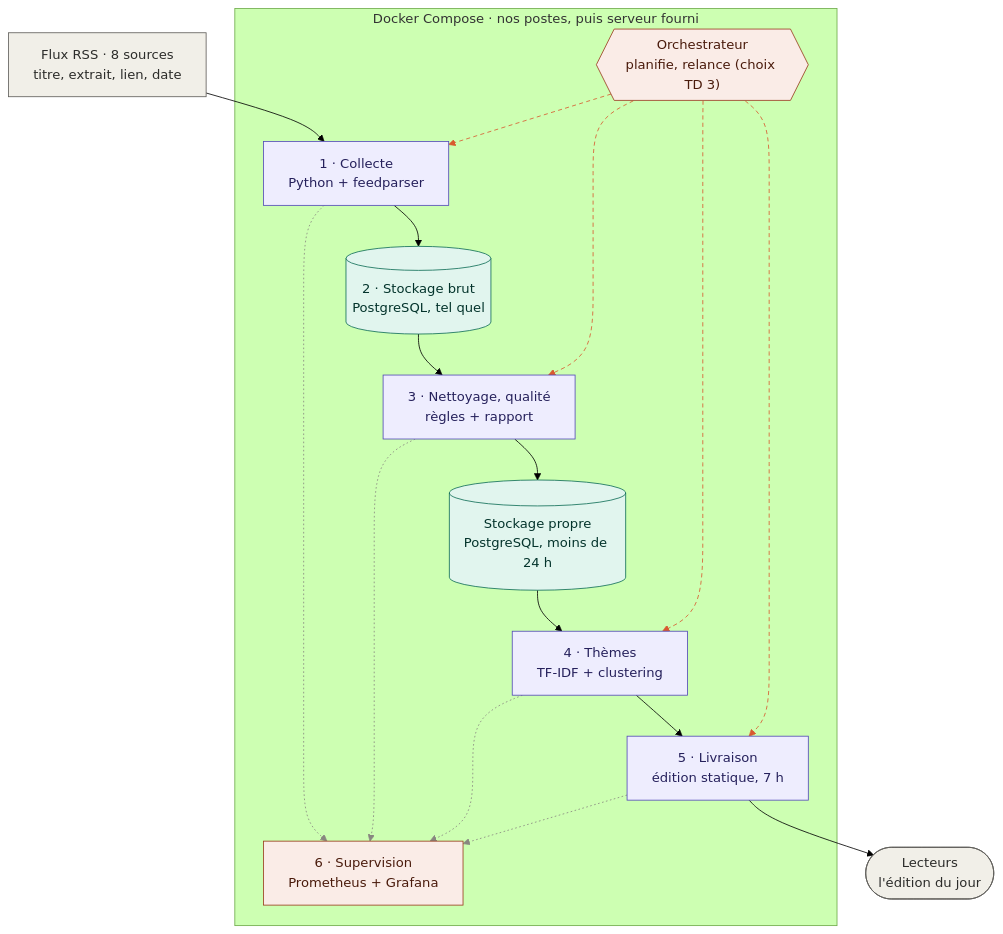
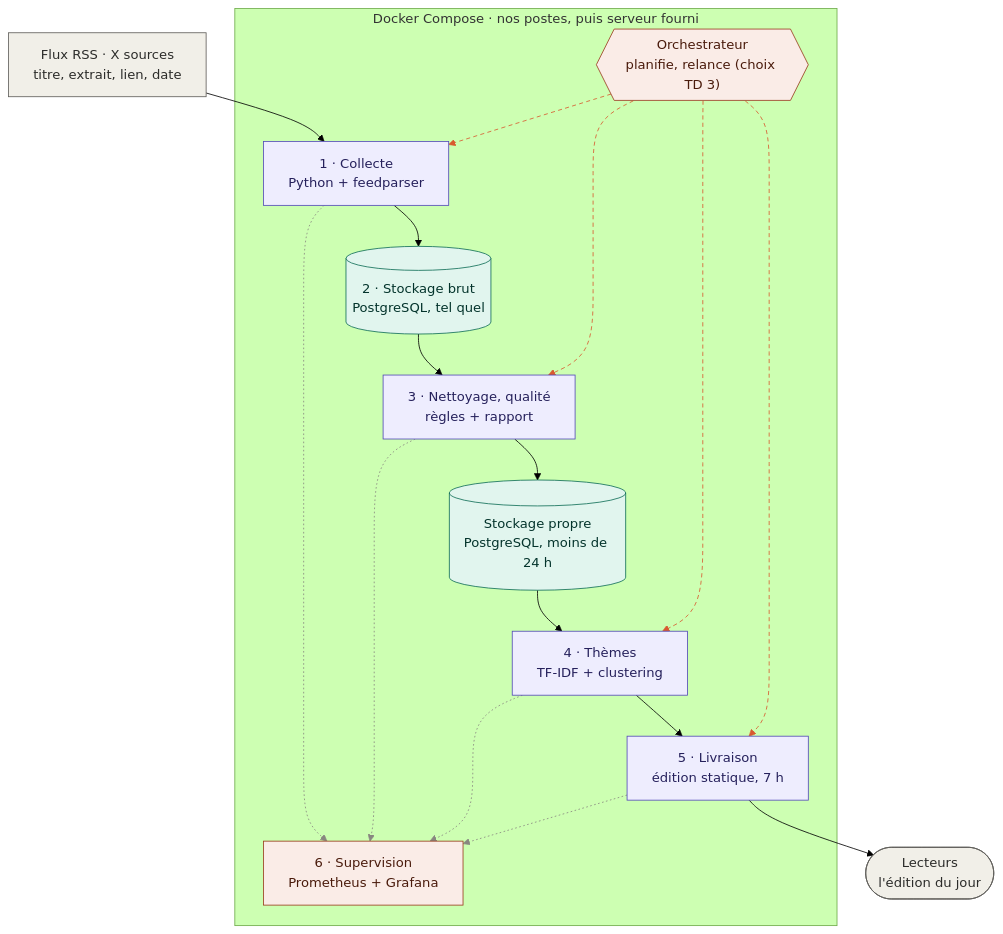
The diagram in docs/cadrage.md (Djeb94/M2Ops), drawn with Mermaid (forest theme) before and after one commit.

````diff
--- a/docs/cadrage.md
+++ b/docs/cadrage.md
@@ -3,32 +3,32 @@
 ```mermaid
 flowchart TB
-    SRC["Flux RSS · 8 sources<br/>titre, extrait, lien, date"]
+    SRC["Flux RSS · X sources<br/>titre, extrait, lien, date"]
 
     subgraph RUN["Docker Compose · nos postes, puis serveur fourni"]
         C["1 · Collecte<br/>Python + feedparser"]
         B[("2 · Stockage brut<br/>PostgreSQL, tel quel")]
         N["3 · Nettoyage, qualité<br/>règles + rapport"]
         P[("Stockage propre<br/>PostgreSQL, moins de 24 h")]
         T["4 · Thèmes<br/>TF-IDF + clustering"]
         L["5 · Livraison<br/>édition statique, 7 h"]
         ORCH{{"Orchestrateur<br/>planifie, relance (choix TD 3)"}}
         S["6 · Supervision<br/>Prometheus + Grafana"]
     end
 
     PUB(["Lecteurs<br/>l'édition du jour"])
 
     SRC --> C --> B --> N --> P --> T --> L --> PUB
     ORCH -.-> C & N & T & L
     C & N & T & L -.-> S
 
     classDef traitement fill:#EEEDFE,stroke:#534AB7,color:#26215C
     classDef stockage fill:#E1F5EE,stroke:#0F6E56,color:#04342C
     classDef exploitation fill:#FAECE7,stroke:#993C1D,color:#4A1B0C
     classDef externe fill:#F1EFE8,stroke:#5F5E5A,color:#2C2C2A
     class C,N,T,L traitement
     class B,P stockage
     class ORCH,S exploitation
     class SRC,PUB externe
     linkStyle 7,8,9,10 stroke:#D85A30,stroke-dasharray:5 4
     linkStyle 11,12,13,14 stroke:#888780,stroke-dasharray:2 3
 ```
````
